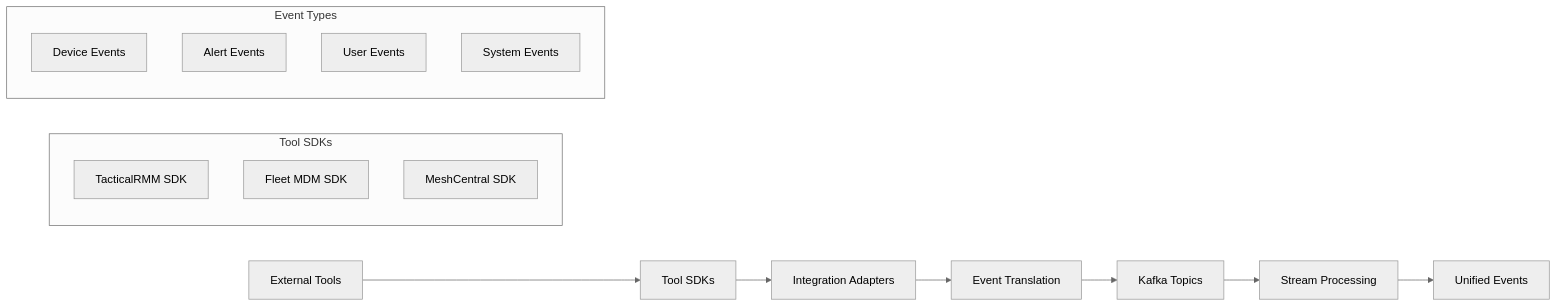
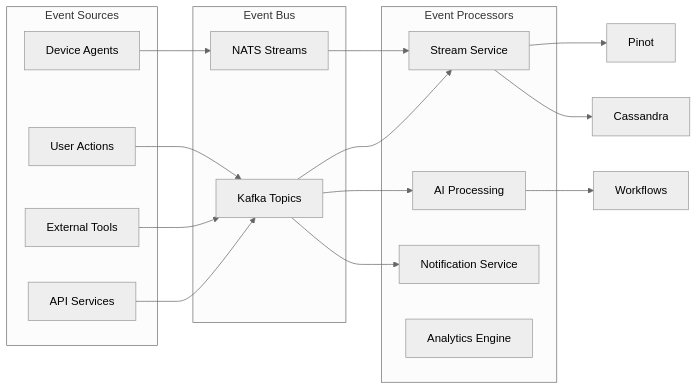
The sixth of 9 diagrams in docs/development/architecture/README.md (Praesto-Pro/openframe-oss-tenant), drawn with Mermaid (neutral theme) before and after one commit. The commit also changed other lines of this file and 344 other files, not shown here.

````diff
--- a/docs/development/architecture/README.md
+++ b/docs/development/architecture/README.md
@@ -554,22 +251,35 @@
 ```mermaid
 flowchart LR
-    Tools[External Tools] --> SDK[Tool SDKs]
-    SDK --> Adapter[Integration Adapters]
-    Adapter --> Events[Event Translation]
-    Events --> Kafka[Kafka Topics]
-    Kafka --> Stream[Stream Processing]
-    Stream --> Unified[Unified Events]
-    
-    subgraph "Tool SDKs"
-        TacticalSDK[TacticalRMM SDK]
-        FleetSDK[Fleet MDM SDK]
-        MeshSDK[MeshCentral SDK]
+    subgraph "Event Sources"
+        API[API Services]
+        Agents[Device Agents]
+        External[External Tools]
+        Users[User Actions]
     end
     
-    subgraph "Event Types"
-        DeviceEvent[Device Events]
-        AlertEvent[Alert Events]
-        UserEvent[User Events]
-        SystemEvent[System Events]
+    subgraph "Event Bus"
+        Kafka[Kafka Topics]
+        NATS[NATS Streams]
     end
+    
+    subgraph "Event Processors"
+        Stream[Stream Service]
+        AI[AI Processing]
+        Notifications[Notification Service]
+        Analytics[Analytics Engine]
+    end
+    
+    API --> Kafka
+    Agents --> NATS
+    External --> Kafka
+    Users --> Kafka
+    
+    Kafka --> Stream
+    Kafka --> AI
+    Kafka --> Notifications
+    NATS --> Stream
+    
+    Stream --> Pinot
+    Stream --> Cassandra
+    AI --> Workflows
 ```
````
